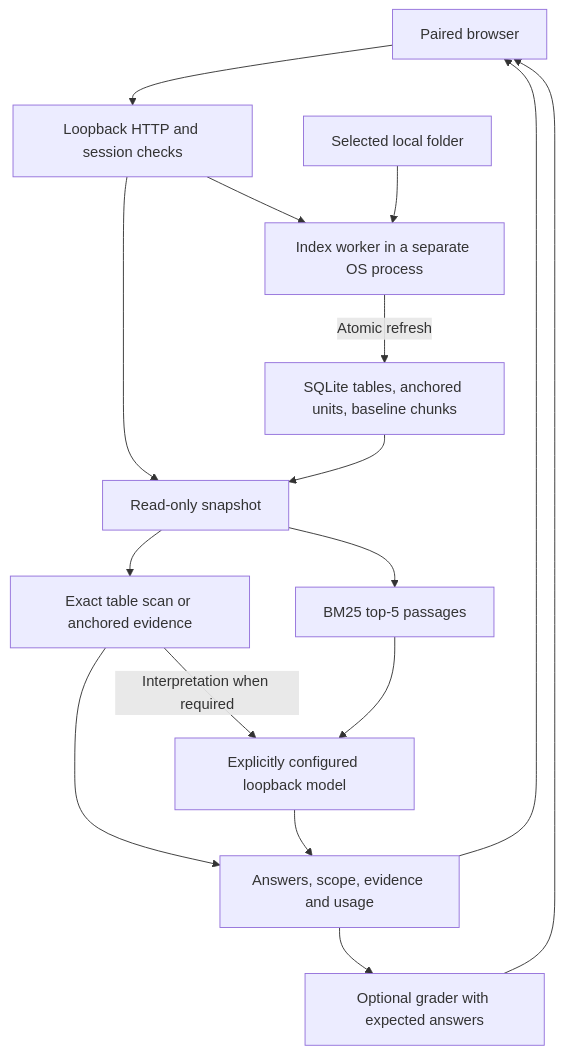
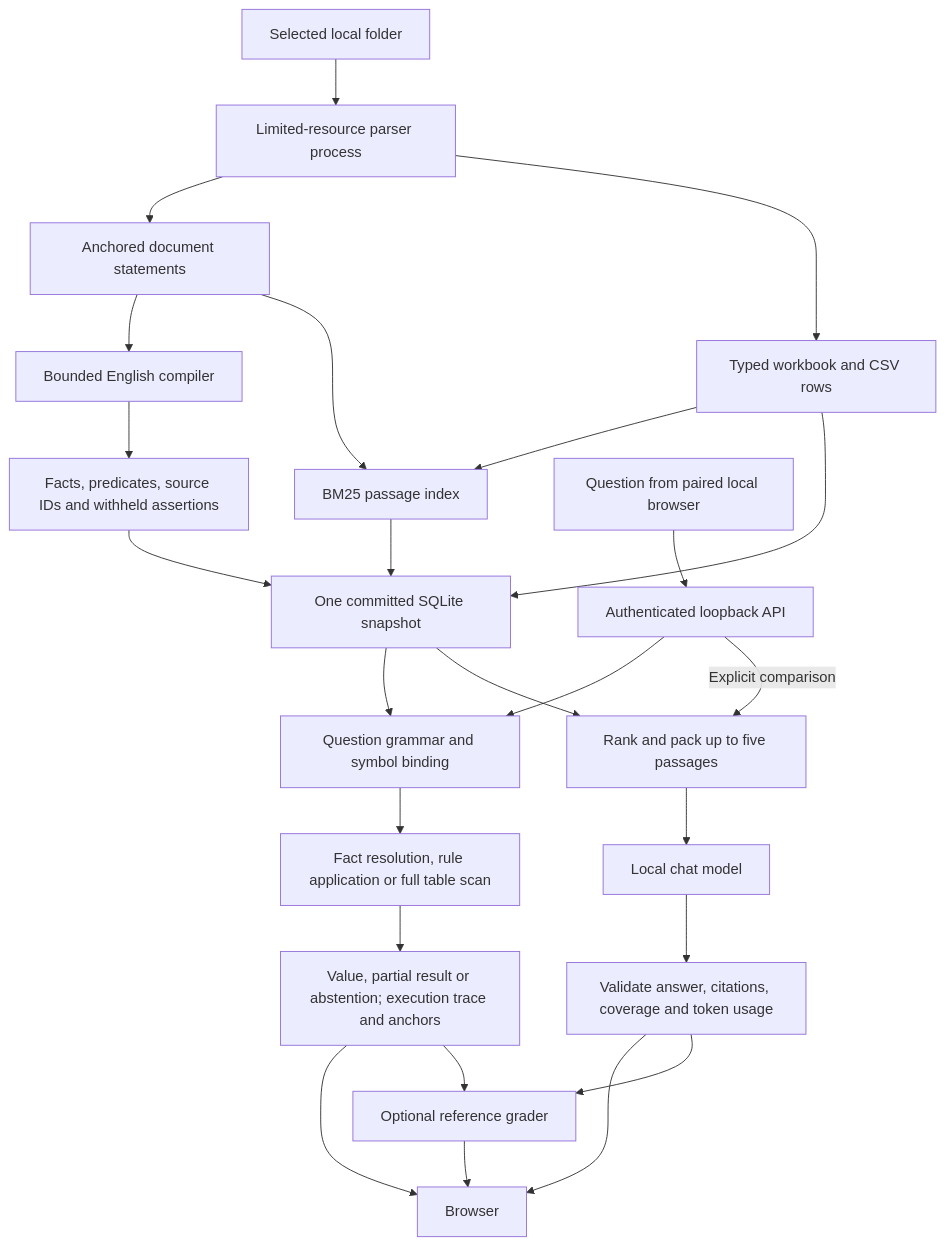
Before and after one commit to dataswarmproject/fieldnote: the diagram in docs/architecture.md, drawn with Mermaid. The commit also changed other lines of this file and 21 other files, not shown here.

Commit message:
Compile local facts and rules into a model-free question engine

````diff
--- a/docs/architecture.md
+++ b/docs/architecture.md
@@ -5,18 +5,27 @@
 ```mermaid
-flowchart TD
-    browser["Paired browser"] --> api["Loopback HTTP and session checks"]
-    api --> worker["Index worker in a separate OS process"]
-    folder["Selected local folder"] --> worker
-    worker -->|"Atomic refresh"| store["SQLite tables, anchored units, baseline chunks"]
-    api --> queries["Read-only snapshot"]
-    store --> queries
-    queries --> engine["Exact table scan or anchored evidence"]
-    queries --> rag["BM25 top-5 passages"]
-    engine -->|"Interpretation when required"| model["Explicitly configured loopback model"]
-    rag --> model
-    engine --> results["Answers, scope, evidence and usage"]
-    model --> results
-    results --> grader["Optional grader with expected answers"]
-    results --> browser
-    grader --> browser
+flowchart TB
+    F["Selected local folder"] --> W["Limited-resource parser process"]
+    W --> P["Anchored document statements"]
+    W --> T["Typed workbook and CSV rows"]
+    P --> C["Bounded English compiler"]
+    C --> K["Facts, predicates, source IDs and withheld assertions"]
+    P --> B["BM25 passage index"]
+    T --> B
+    K --> S["One committed SQLite snapshot"]
+    T --> S
+    B --> S
+    Q["Question from paired local browser"] --> A["Authenticated loopback API"]
+    A --> E["Question grammar and symbol binding"]
+    S --> E
+    E --> X["Fact resolution, rule application or full table scan"]
+    X --> R["Value, partial result or abstention; execution trace and anchors"]
+    A -->|"Explicit comparison"| G["Rank and pack up to five passages"]
+    S --> G
+    G --> M["Local chat model"]
+    M --> V["Validate answer, citations, coverage and token usage"]
+    R --> UI["Browser"]
+    V --> UI
+    R --> H["Optional reference grader"]
+    V --> H
+    H --> UI
 ```
````
